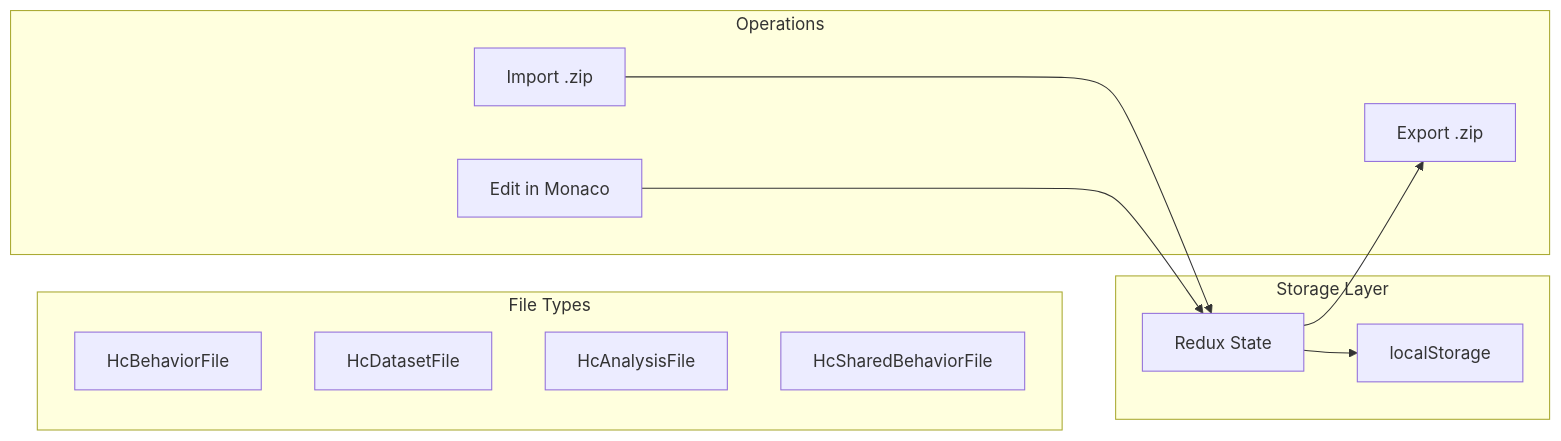
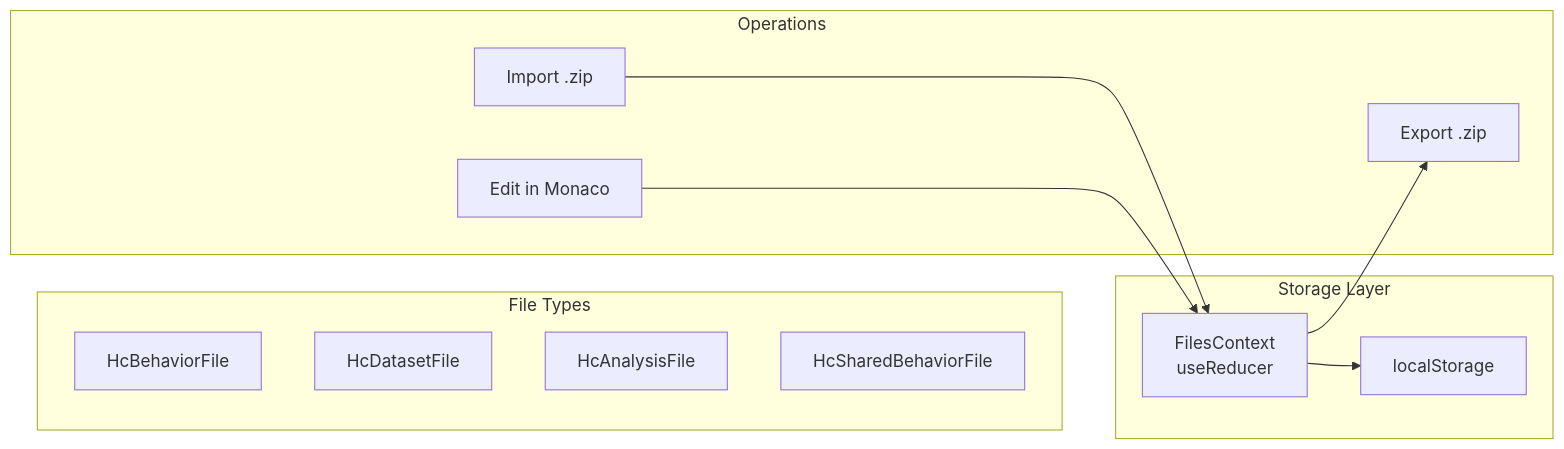
One commit to hashintel/labs changed the fourth of 5 diagrams in ARCHITECTURE.md. Above: the diagram before and after it, drawn with Mermaid. The commit also changed other lines of this file, not shown here.

First line of the commit message:
Update ARCHITECTURE.md to reflect current state after Redux removal

````diff
--- a/ARCHITECTURE.md
+++ b/ARCHITECTURE.md
@@ -390,25 +389,25 @@
 ```mermaid
 flowchart LR
     subgraph Files[File Types]
         Behavior[HcBehaviorFile]
         Dataset[HcDatasetFile]
         Analysis[HcAnalysisFile]
         Shared[HcSharedBehaviorFile]
     end
     
     subgraph Storage[Storage Layer]
-        Redux[Redux State]
+        Context[FilesContext<br/>useReducer]
         LocalStorage[localStorage]
     end
     
     subgraph Operations[Operations]
         Import[Import .zip]
         Export[Export .zip]
         Edit[Edit in Monaco]
     end
     
-    Import --> Redux
-    Redux --> LocalStorage
-    Edit --> Redux
-    Redux --> Export
+    Import --> Context
+    Context --> LocalStorage
+    Edit --> Context
+    Context --> Export
 ```
````
